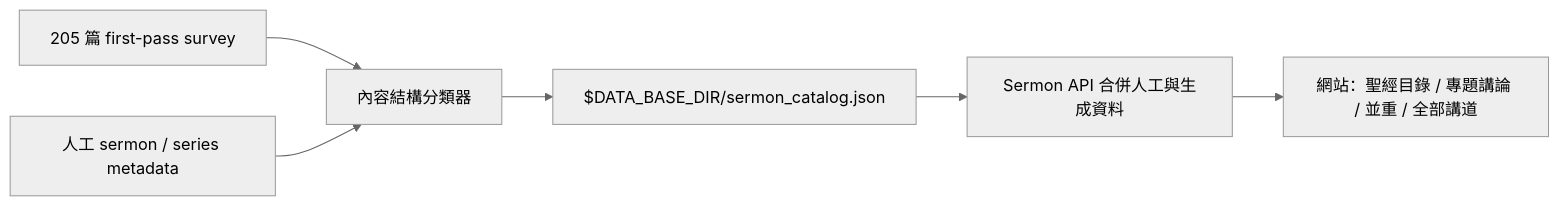
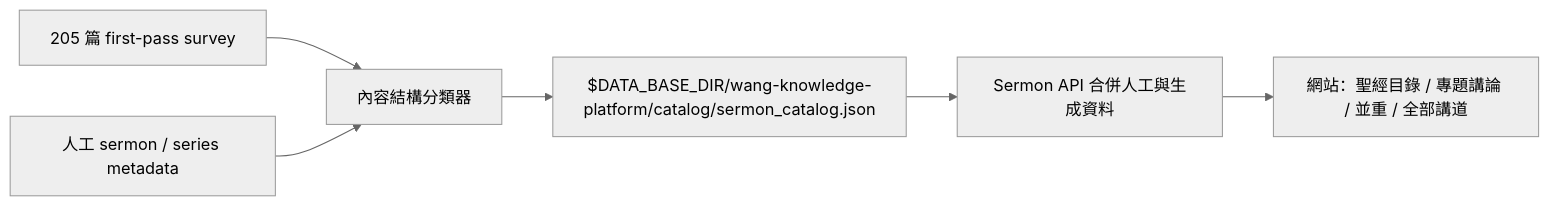
One commit to junyang168/smart-answer changed the diagram in docs/wang-knowledge-platform/sermon_catalog_ingestion.md. Above: the diagram before and after it, drawn with Mermaid (neutral theme). The commit also changed other lines of this file and 11 other files, not shown here.

Commit message:
Canonicalize Wang sermon catalog paths

````diff
--- a/docs/wang-knowledge-platform/sermon_catalog_ingestion.md
+++ b/docs/wang-knowledge-platform/sermon_catalog_ingestion.md
@@ -75,8 +75,8 @@
 ```mermaid
 flowchart LR
     A["205 篇 first-pass survey"] --> C["內容結構分類器"]
     B["人工 sermon / series metadata"] --> C
-    C --> D["$DATA_BASE_DIR/sermon_catalog.json"]
+    C --> D["$DATA_BASE_DIR/wang-knowledge-platform/catalog/sermon_catalog.json"]
     D --> E["Sermon API 合併人工與生成資料"]
     E --> F["網站：聖經目錄 / 專題講論 / 並重 / 全部講道"]
 ```
````
